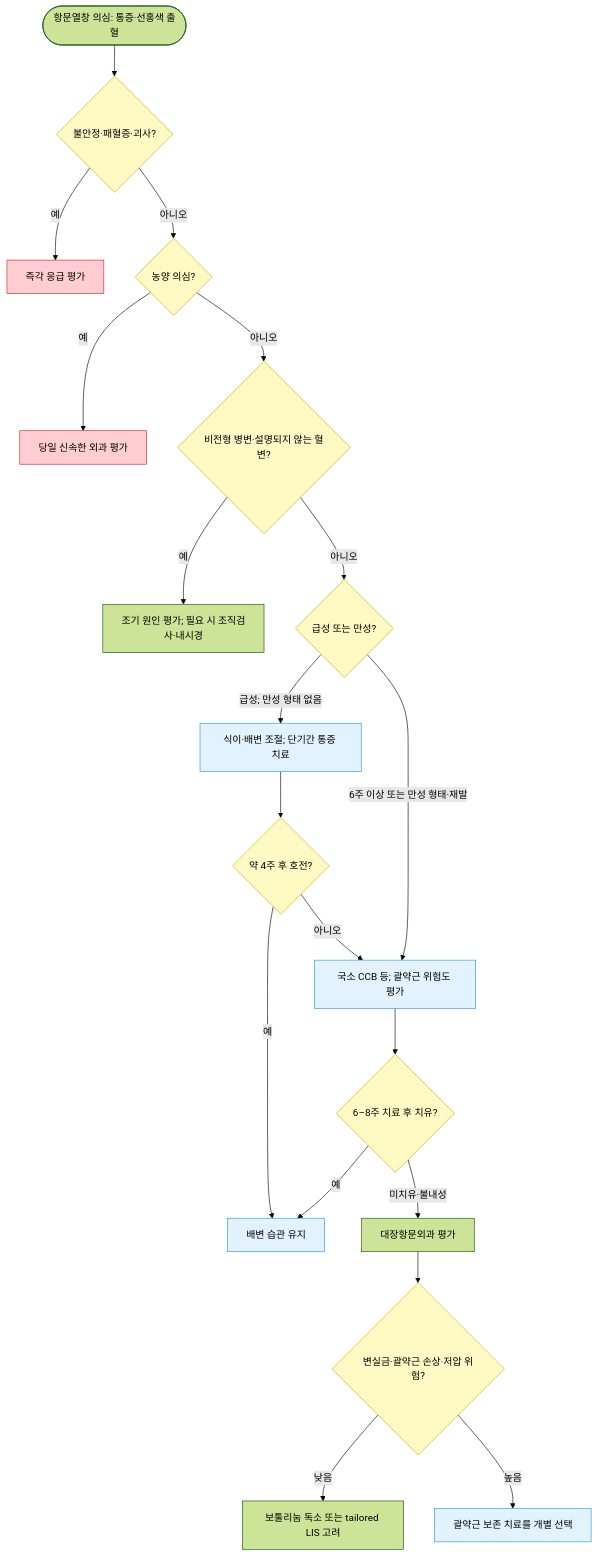
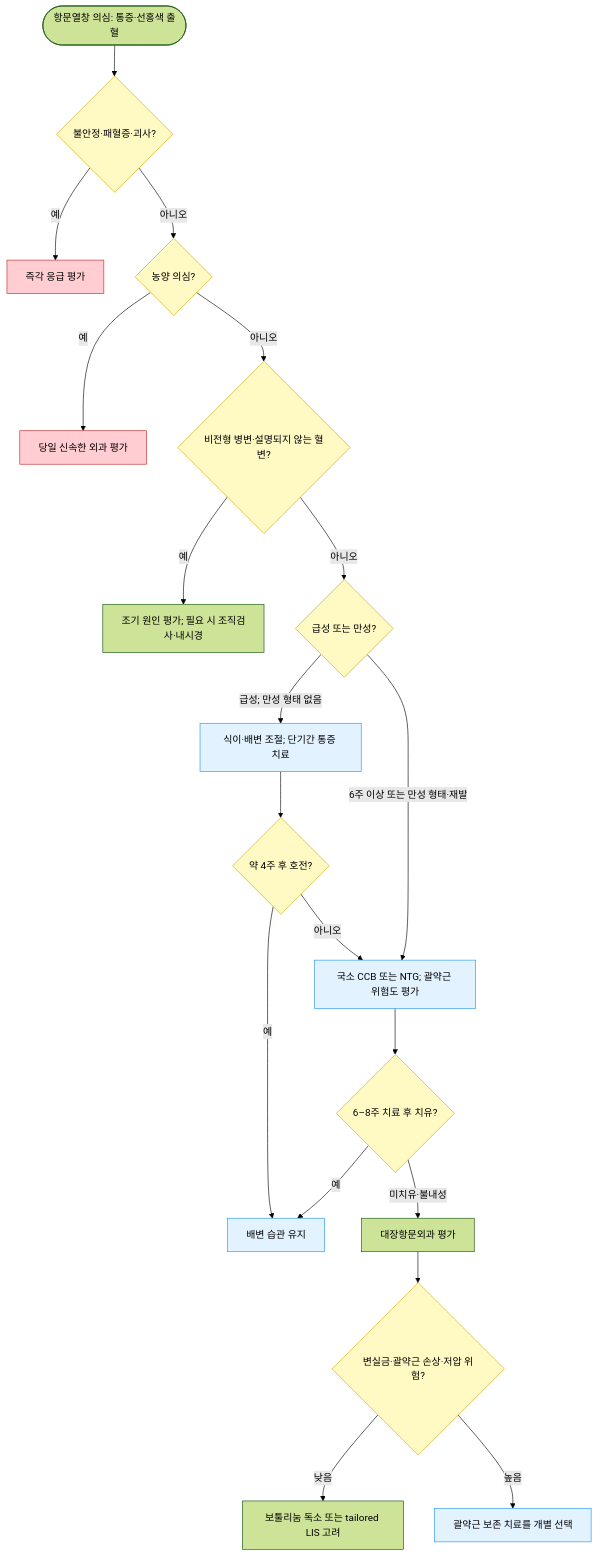
One commit to familyoh77/familyoh77 changed the diagram in 224_/090_-anal-fissure.md. Above: the diagram before and after it, drawn with Mermaid (forest theme). The commit also changed other lines of this file and 11 other files, not shown here.

````diff
--- a/224_/090_-anal-fissure.md
+++ b/224_/090_-anal-fissure.md
@@ -91,27 +92,27 @@
 ```mermaid
 graph TD
     A(["항문열창 의심: 통증·선홍색 출혈"]) --> B{"불안정·패혈증·괴사?"}
     B -- "예" --> U["즉각 응급 평가"]
     B -- "아니오" --> V{"농양 의심?"}
     V -- "예" --> W["당일 신속한 외과 평가"]
     V -- "아니오" --> C{"비전형 병변·설명되지 않는 혈변?"}
     C -- "예" --> N["조기 원인 평가; 필요 시 조직검사·내시경"]
     C -- "아니오" --> D{"급성 또는 만성?"}
     D -- "급성; 만성 형태 없음" --> E["식이·배변 조절; 단기간 통증 치료"]
-    D -- "6주 이상 또는 만성 형태·재발" --> G["국소 CCB 등; 괄약근 위험도 평가"]
+    D -- "6주 이상 또는 만성 형태·재발" --> G["국소 CCB 또는 NTG; 괄약근 위험도 평가"]
     E --> F{"약 4주 후 호전?"}
     F -- "예" --> Z["배변 습관 유지"]
     F -- "아니오" --> G
     G --> H{"6–8주 치료 후 치유?"}
     H -- "예" --> Z
     H -- "미치유·불내성" --> I["대장항문외과 평가"]
     I --> K{"변실금·괄약근 손상·저압 위험?"}
     K -- "낮음" --> L["보툴리눔 독소 또는 tailored LIS 고려"]
     K -- "높음" --> J["괄약근 보존 치료를 개별 선택"]
     classDef red fill:#ffcdd2,stroke:#c62828
     class U,W red
     classDef yellow fill:#fff9c4,stroke:#d4a900
     class B,V,C,D,F,H,K yellow
     classDef blue fill:#e3f2ff,stroke:#2196f3
     class E,G,J,Z blue
 ```
````
